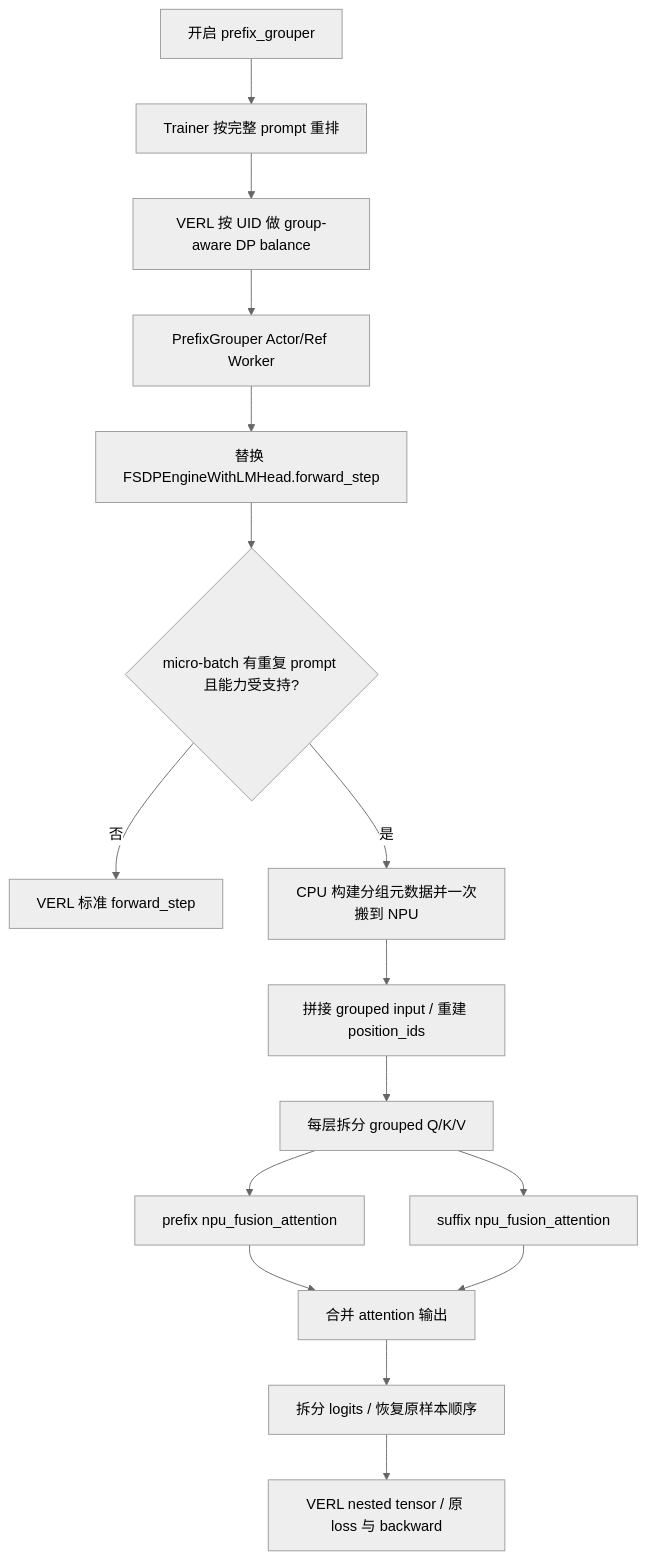
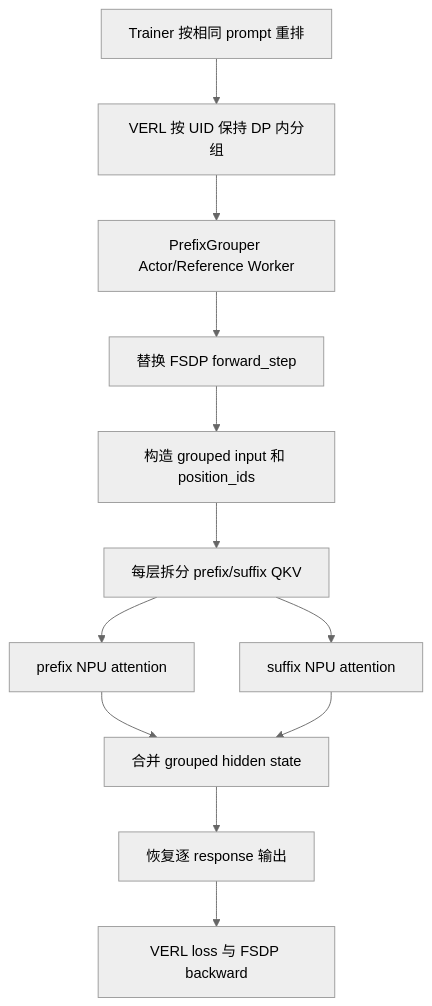
Before and after one commit to HzForelsket/Agent: the diagram in npu-shared-prefix-technical-report.md, drawn with Mermaid (neutral theme). The commit also changed other lines of this file, not shown here.

Commit message:
Refine NPU shared-prefix integration design report

````diff
--- a/npu-shared-prefix-technical-report.md
+++ b/npu-shared-prefix-technical-report.md
@@ -65,18 +25,14 @@
 ```mermaid
 flowchart TD
-    A[开启 prefix_grouper] --> B[Trainer 按完整 prompt 重排]
-    B --> C[VERL 按 UID 做 group-aware DP balance]
-    C --> D[PrefixGrouper Actor/Ref Worker]
-    D --> E[替换 FSDPEngineWithLMHead.forward_step]
-    E --> F{micro-batch 有重复 prompt 且能力受支持?}
-    F -- 否 --> G[VERL 标准 forward_step]
-    F -- 是 --> H[CPU 构建分组元数据并一次搬到 NPU]
-    H --> I[拼接 grouped input / 重建 position_ids]
-    I --> J[每层拆分 grouped Q/K/V]
-    J --> K[prefix npu_fusion_attention]
-    J --> L[suffix npu_fusion_attention]
-    K --> M[合并 attention 输出]
-    L --> M
-    M --> N[拆分 logits / 恢复原样本顺序]
-    N --> O[VERL nested tensor / 原 loss 与 backward]
+    A[Trainer 按相同 prompt 重排] --> B[VERL 按 UID 保持 DP 内分组]
+    B --> C[PrefixGrouper Actor/Reference Worker]
+    C --> D[替换 FSDP forward_step]
+    D --> E[构造 grouped input 和 position_ids]
+    E --> F[每层拆分 prefix/suffix QKV]
+    F --> G[prefix NPU attention]
+    F --> H[suffix NPU attention]
+    G --> I[合并 grouped hidden state]
+    H --> I
+    I --> J[恢复逐 response 输出]
+    J --> K[VERL loss 与 FSDP backward]
 ```
````
